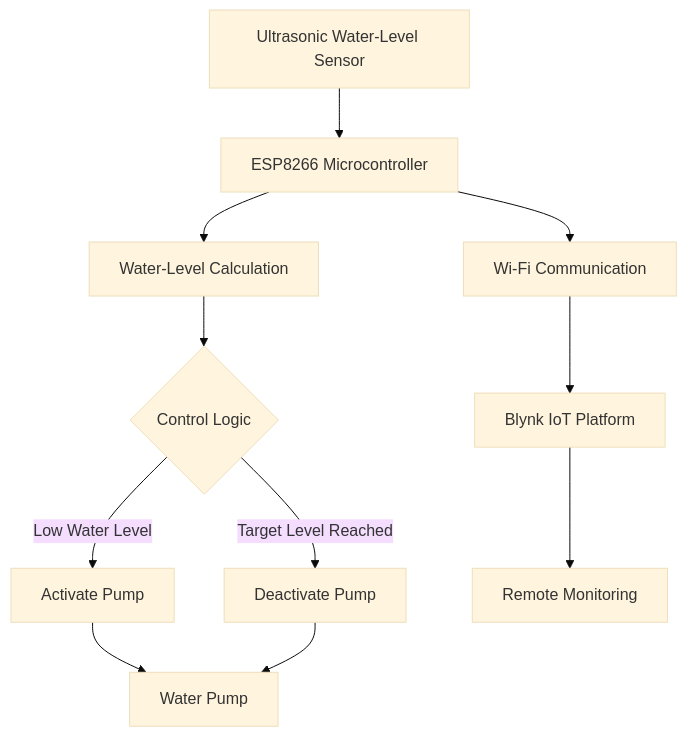
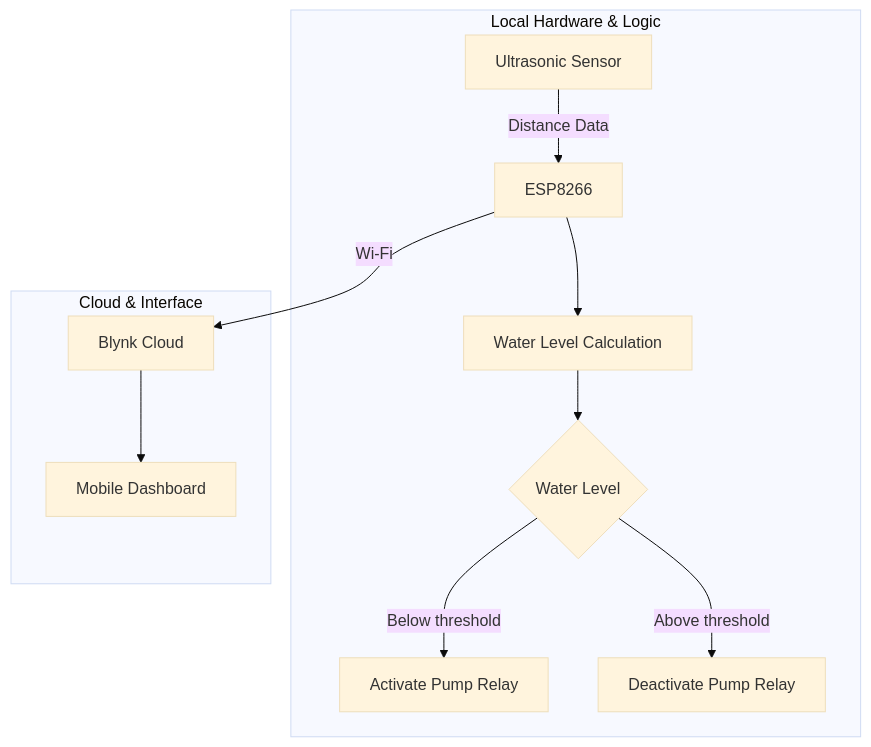
One commit to OmolayoSeun/IoT-water-management-system changed the diagram in docs/architecture.md. Above: the diagram before and after it, drawn with Mermaid (base theme).

Commit message:
Update architecture diagram with subgraphs
Refactor architecture diagram to improve clarity and structure.

````diff
--- a/docs/architecture.md
+++ b/docs/architecture.md
@@ -1,17 +1,16 @@
 ```mermaid
 flowchart TD
-    A[Ultrasonic Water-Level Sensor] --> B[ESP8266 Microcontroller]
+    subgraph Local Hardware & Logic
+        A[Ultrasonic Sensor] -->|Distance Data| B[ESP8266]
+        B --> C[Water Level Calculation]
+        C --> D{Water Level}
+        
+        D -->|Below threshold| E[Activate Pump Relay]
+        D -->|Above threshold| F[Deactivate Pump Relay]
+    end
 
-    B --> C[Water-Level Calculation]
-    C --> D{Control Logic}
-
-    D -->|Low Water Level| E[Activate Pump]
-    D -->|Target Level Reached| F[Deactivate Pump]
-
-    E --> G[Water Pump]
-    F --> G
-
-    B --> H[Wi-Fi Communication]
-    H --> I[Blynk IoT Platform]
-    I --> J[Remote Monitoring]
+    subgraph Cloud & Interface
+        B -->|Wi-Fi| G[Blynk Cloud]
+        G --> H[Mobile Dashboard]
+    end
 ```
````
